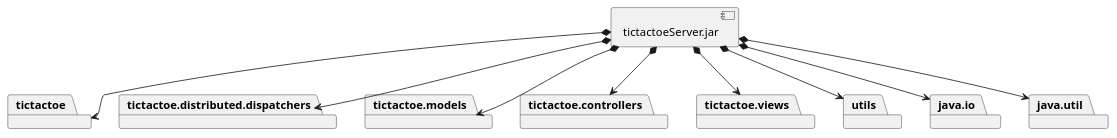
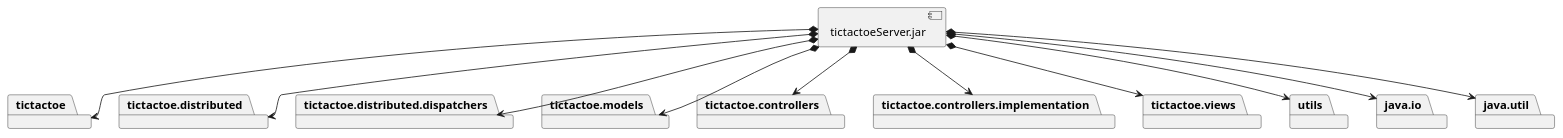
Before and after one commit to x-USantaTecla-game-ticTacToe/java: the fifth of 6 diagrams in docs/src/docs/asciidoc/index.adoc, drawn with PlantUML. The commit also changed other lines of this file and 67 other files, not shown here.

```diff
--- a/docs/src/docs/asciidoc/index.adoc
+++ b/docs/src/docs/asciidoc/index.adoc
@@ -1088,31 +1235,37 @@
 [plantuml,diagramaImplementacionServer,svg]
 ....
 
 package "  "  as tictactoe {
+}
+package "  "  as tictactoe.distributed {
 }
 package "  "  as tictactoe.distributed.dispatchers {
 }
 package "  "  as tictactoe.models {
 }
 package "  "  as tictactoe.controllers {
+}
+package "  "  as tictactoe.controllers.implementation {
 }
 package "  "  as tictactoe.views {
 }
 package "  "  as utils {
 }
 package "  "  as java.io {
 }
 package "  "  as java.util {
 }
 
 [tictactoeServer.jar] as jarServer
 
 jarServer *--> tictactoe
+jarServer *--> tictactoe.distributed
 jarServer *--> tictactoe.distributed.dispatchers
 jarServer *--> tictactoe.models
 jarServer *--> tictactoe.controllers
+jarServer *--> tictactoe.controllers.implementation
 jarServer *--> tictactoe.views
 jarServer *--> utils
 jarServer *--> java.io
 jarServer *--> java.util
 ....
```
